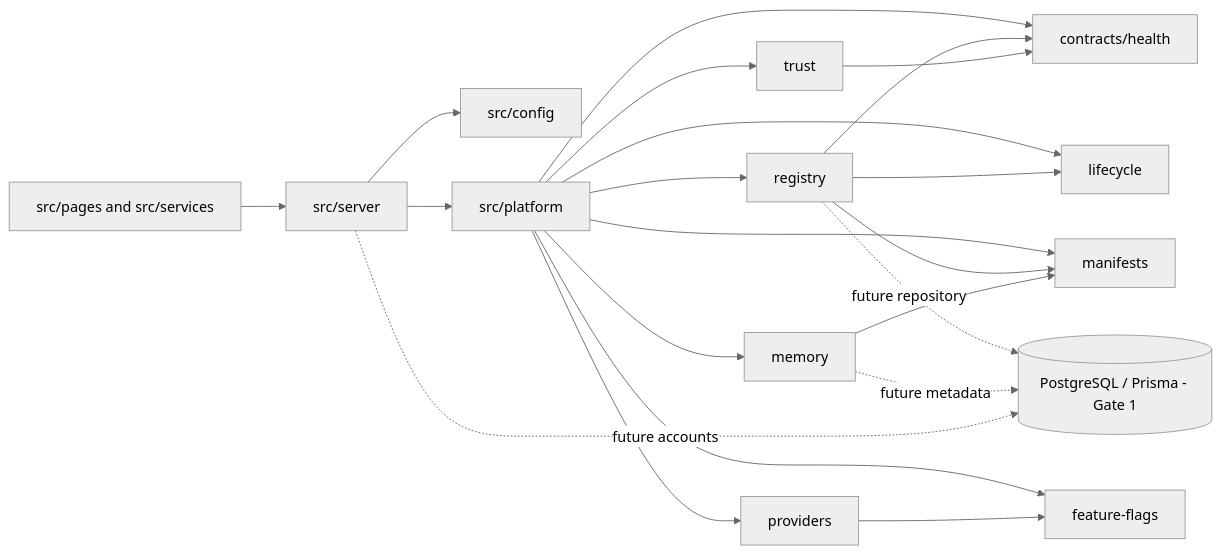
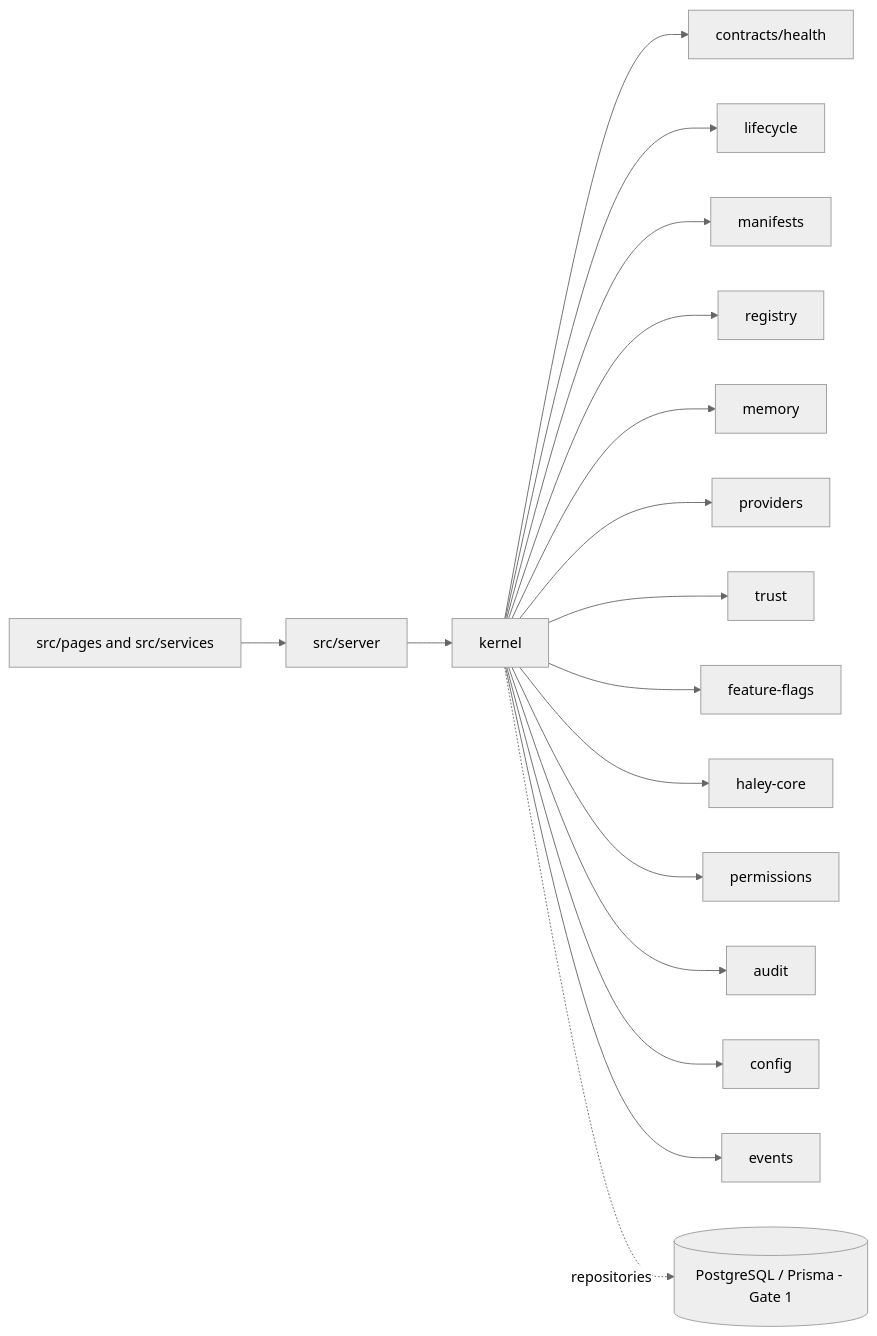
The diagram in docs/architecture/module-dependencies.md (riprpb/xaicoredev), drawn with Mermaid (neutral theme) before and after one commit. The commit also changed other lines of this file and 152 other files, not shown here.

````diff
--- a/docs/architecture/module-dependencies.md
+++ b/docs/architecture/module-dependencies.md
@@ -3,27 +3,21 @@
 ```mermaid
 flowchart LR
     Web[src/pages and src/services] --> API[src/server]
-    API --> Config[src/config]
-    API --> Platform[src/platform]
+    API --> Kernel[kernel]
 
-    Platform --> Health[contracts/health]
-    Platform --> Lifecycle[lifecycle]
-    Platform --> Manifest[manifests]
-    Platform --> Registry[registry]
-    Platform --> Memory[memory]
-    Platform --> Provider[providers]
-    Platform --> Trust[trust]
-    Platform --> Flags[feature-flags]
+    Kernel --> Health[contracts/health]
+    Kernel --> Lifecycle[lifecycle]
+    Kernel --> Manifest[manifests]
+    Kernel --> Registry[registry]
+    Kernel --> Memory[memory]
+    Kernel --> Provider[providers]
+    Kernel --> Trust[trust]
+    Kernel --> Flags[feature-flags]
+    Kernel --> HaleyCore[haley-core]
+    Kernel --> Permission[permissions]
+    Kernel --> Audit[audit]
+    Kernel --> Config[config]
+    Kernel --> Events[events]
 
-    Registry --> Manifest
-    Registry --> Health
-    Registry --> Lifecycle
-    Memory --> Manifest
-    Provider --> Flags
-    Trust --> Health
-
-    Database[(PostgreSQL / Prisma - Gate 1)]
-    Registry -. future repository .-> Database
-    Memory -. future metadata .-> Database
-    API -. future accounts .-> Database
+    Kernel -. repositories .-> Database[(PostgreSQL / Prisma - Gate 1)]
 ```
````
